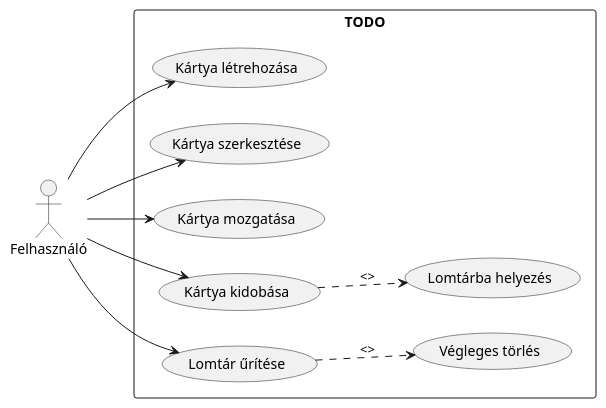
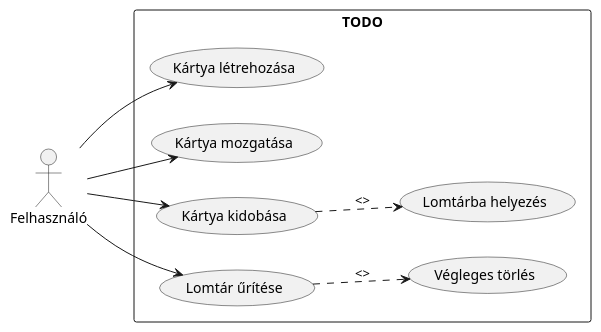
Before and after one commit to arrora09/szfm-kicsi: the diagram in diagram.plantuml, drawn with PlantUML.

```diff
--- a/diagram.plantuml
+++ b/diagram.plantuml
@@ -1,17 +1,16 @@
 @startuml
 left to right direction
 skinparam packageStyle rectangle
 
 actor "Felhasználó" as a1
 
 rectangle "TODO" {
     a1 --> (Kártya létrehozása)
-    a1 --> (Kártya szerkesztése)
     a1 --> (Kártya mozgatása)
     a1 --> (Kártya kidobása)
     a1 --> (Lomtár űrítése)
 
     (Kártya kidobása) ..> (Lomtárba helyezés) : <>
     (Lomtár űrítése) ..> (Végleges törlés) : <>
 }
 @enduml
```
